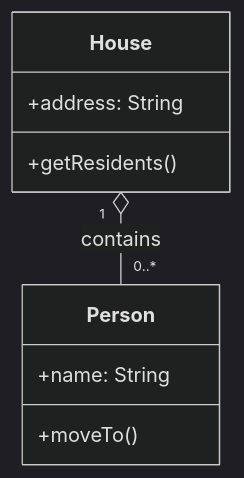
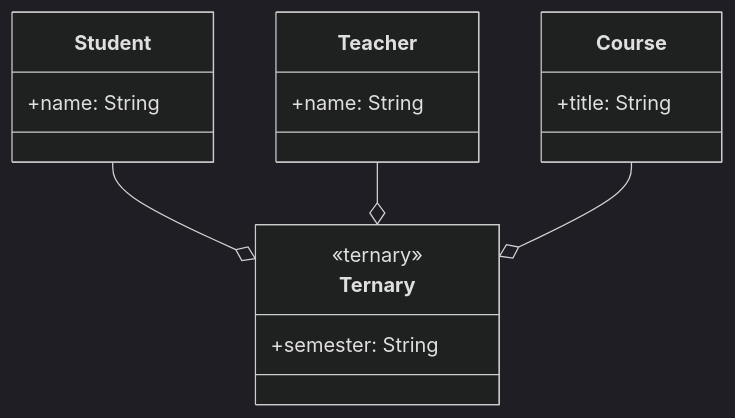
The fifth of 10 diagrams in 07_AssociationAggregationAndComposition.md (Muhammad-Hussain456/OOP), drawn with Mermaid (dark theme) before and after one commit. The commit also changed other lines of this file, not shown here.

````diff
--- a/07_AssociationAggregationAndComposition.md
+++ b/07_AssociationAggregationAndComposition.md
@@ -120,13 +135,21 @@
 ```mermaid
 classDiagram
-    House "1" o-- "0..*" Person : contains
+    class Student {
+        +name: String
+    }
+    class Teacher {
+        +name: String
+    }
+    class Course {
+        +title: String
+    }
     
-    class House {
-        +address: String
-        +getResidents()
-    }
-    class Person {
-        +name: String
-        +moveTo()
+    Student --o Ternary
+    Teacher --o Ternary
+    Course --o Ternary
+    
+    class Ternary {
+        <<ternary>>
+        +semester: String
     }
 ```
````
